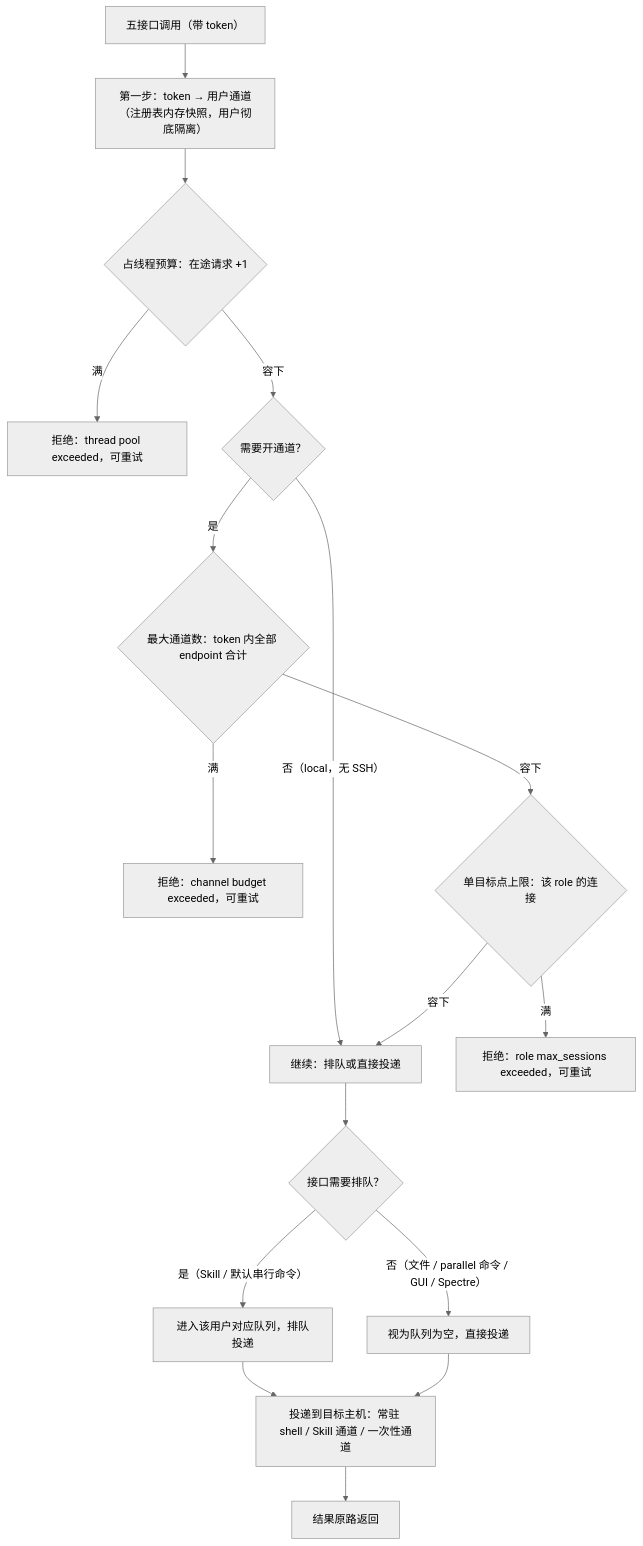
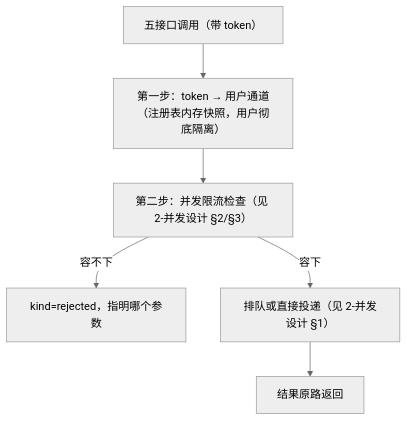
Before and after one commit to GentLau/virtuoso-bridge-NCS: the diagram in spec/design-concepts/中层/3-路由设计.md, drawn with Mermaid (neutral theme). The commit also changed other lines of this file and 17 other files, not shown here.

````diff
--- a/spec/design-concepts/中层/3-路由设计.md
+++ b/spec/design-concepts/中层/3-路由设计.md
@@ -20,19 +17,8 @@
 ```mermaid
 flowchart TD
-    A[五接口调用（带 token）] --> C["第一步：token → 用户通道<br/>（注册表内存快照，用户彻底隔离）"]
-    C --> B{占线程预算：在途请求 +1}
-    B -- 满 --> R1[拒绝：thread pool exceeded，可重试]
-    B -- 容下 --> D{需要开通道？}
-    D -- 否（local，无 SSH）--> G[继续：排队或直接投递]
-    D -- 是 --> E{最大通道数：token 内全部 endpoint 合计}
-    E -- 满 --> R2[拒绝：channel budget exceeded，可重试]
-    E -- 容下 --> F{单目标点上限：该 role 的连接}
-    F -- 满 --> R3[拒绝：role max_sessions exceeded，可重试]
-    F -- 容下 --> G
-    G --> H{接口需要排队？}
-    H -- 是（Skill / 默认串行命令）--> I[进入该用户对应队列，排队投递]
-    H -- 否（文件 / parallel 命令 / GUI / Spectre）--> J[视为队列为空，直接投递]
-    I --> K[投递到目标主机：常驻 shell / Skill 通道 / 一次性通道]
-    J --> K
-    K --> L[结果原路返回]
+    A[五接口调用（带 token）] --> B["第一步：token → 用户通道（注册表内存快照，用户彻底隔离）"]
+    B --> C["第二步：并发限流检查（见 2-并发设计 §2/§3）"]
+    C -- 容不下 --> R["kind=rejected，指明哪个参数"]
+    C -- 容下 --> D["排队或直接投递（见 2-并发设计 §1）"]
+    D --> E[结果原路返回]
 ```
````
